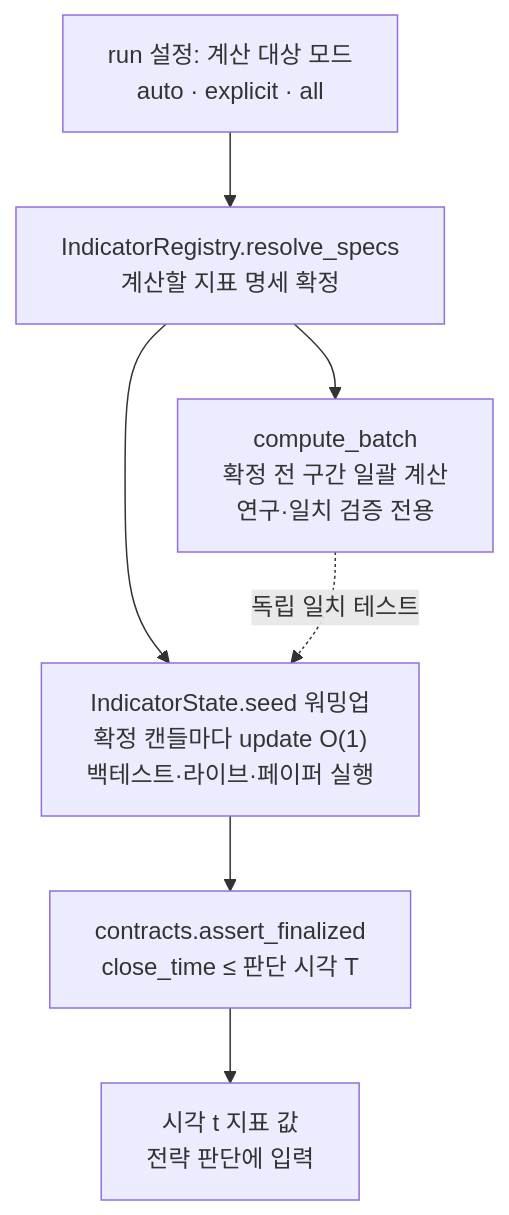
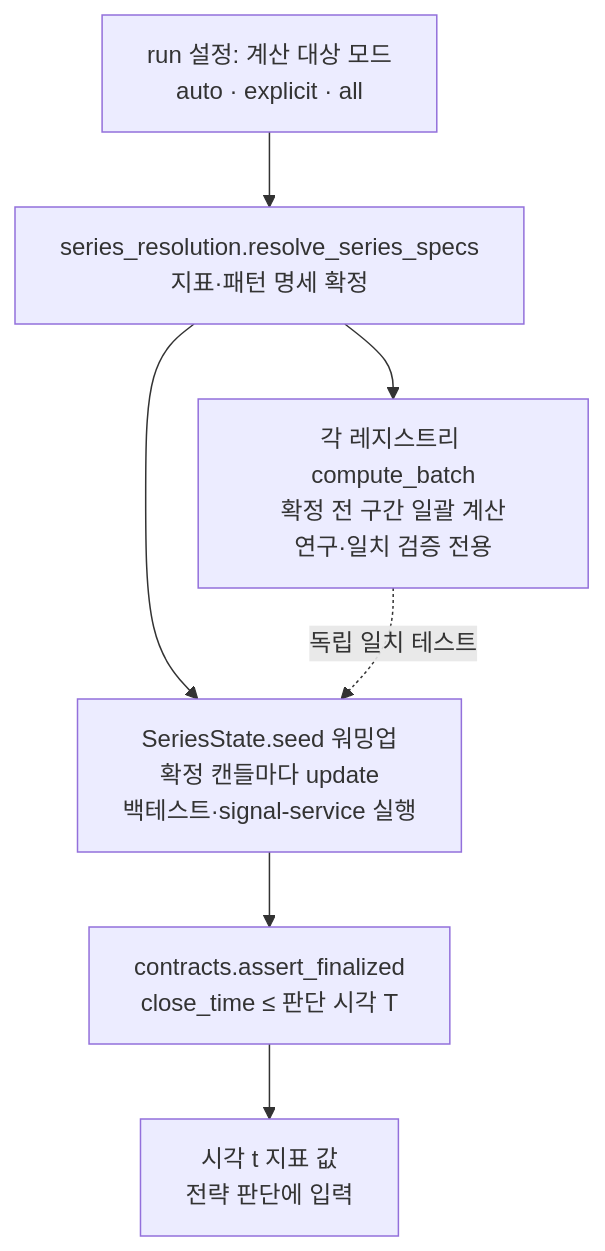
Diagram 13 of 38 in docs/fullspec/backtest_v2_detailed_design.md (vessel35/trading-system-v2), drawn with Mermaid before and after one commit. The commit also changed other lines of this file and 1 other file, not shown here.

````diff
--- a/docs/fullspec/backtest_v2_detailed_design.md
+++ b/docs/fullspec/backtest_v2_detailed_design.md
@@ -1626,9 +1889,9 @@
 ```mermaid
 flowchart TD
-    CFG["run 설정: 계산 대상 모드<br/>auto · explicit · all"] --> RESOLVE["IndicatorRegistry.resolve_specs<br/>계산할 지표 명세 확정"]
-    RESOLVE --> INC["IndicatorState.seed 워밍업<br/>확정 캔들마다 update O(1)<br/>백테스트·라이브·페이퍼 실행"]
+    CFG["run 설정: 계산 대상 모드<br/>auto · explicit · all"] --> RESOLVE["series_resolution.resolve_series_specs<br/>지표·패턴 명세 확정"]
+    RESOLVE --> INC["SeriesState.seed 워밍업<br/>확정 캔들마다 update<br/>백테스트·signal-service 실행"]
     INC --> GATE["contracts.assert_finalized<br/>close_time ≤ 판단 시각 T"]
     GATE --> OUT["시각 t 지표 값<br/>전략 판단에 입력"]
-    RESOLVE --> VEC["compute_batch<br/>확정 전 구간 일괄 계산<br/>연구·일치 검증 전용"]
+    RESOLVE --> VEC["각 레지스트리 compute_batch<br/>확정 전 구간 일괄 계산<br/>연구·일치 검증 전용"]
     VEC -. 독립 일치 테스트 .-> INC
 ```
````
